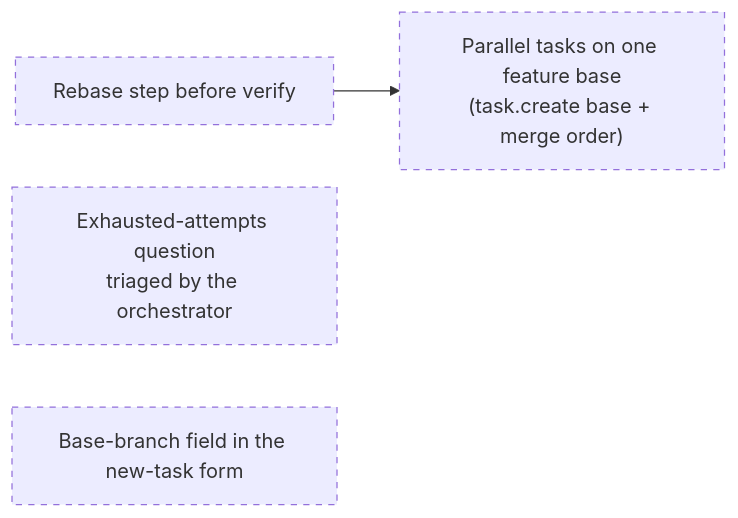
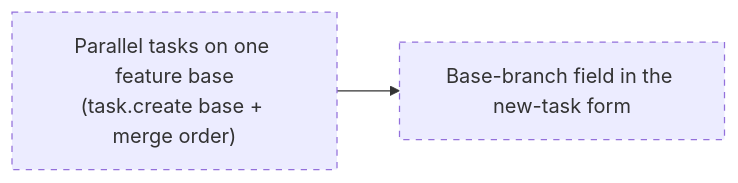
Before and after one commit to sushi-killer/sushiAI: the sixth of 6 diagrams in docs/architecture.md, drawn with Mermaid. The commit also changed other lines of this file and 10 other files, not shown here.

First line of the commit message:
feat: carry orchd tasks onto a moved base and let the orchestrator answer exhausted attempts

````diff
--- a/docs/architecture.md
+++ b/docs/architecture.md
@@ -183,9 +183,7 @@
 ```mermaid
 flowchart LR
-  a["Rebase step before verify"]:::planned
-  b["Exhausted-attempts question<br/>triaged by the orchestrator"]:::planned
   c["Parallel tasks on one feature base<br/>(task.create base + merge order)"]:::planned
   d["Base-branch field in the new-task form"]:::planned
-  a --> c
+  c --> d
   classDef planned stroke-dasharray: 5 5
 ```
````
